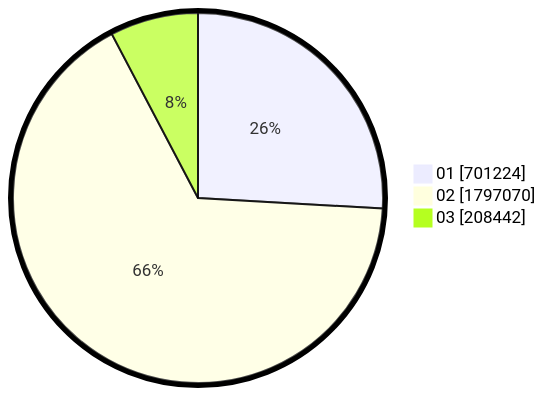
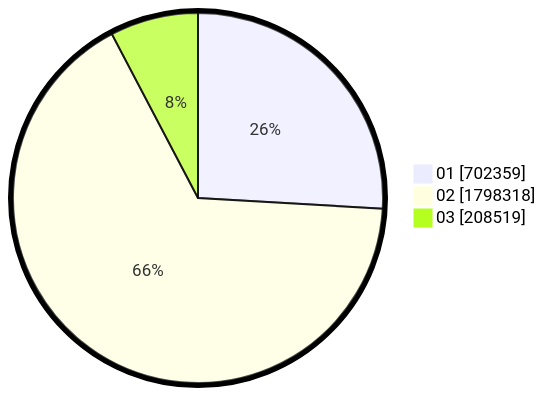
The second of 2 diagrams in pilpres/hitung-suara/sub/table-wilayah-52.md (gigit-pemilu/pemilu-2024), drawn with Mermaid before and after one commit. The commit also changed other lines of this file and 6 other files, not shown here.

````diff
--- a/pilpres/hitung-suara/sub/table-wilayah-52.md
+++ b/pilpres/hitung-suara/sub/table-wilayah-52.md
@@ -15,7 +15,7 @@
 ```mermaid
 %%{init: {"pie": {"textPosition": 0.5}, "themeVariables": {"pieOuterStrokeWidth": "5px"}} }%%
 pie showData
-    "01" : 701224
-    "02" : 1797070
-    "03" : 208442
+    "01" : 702359
+    "02" : 1798318
+    "03" : 208519
 ```
````
